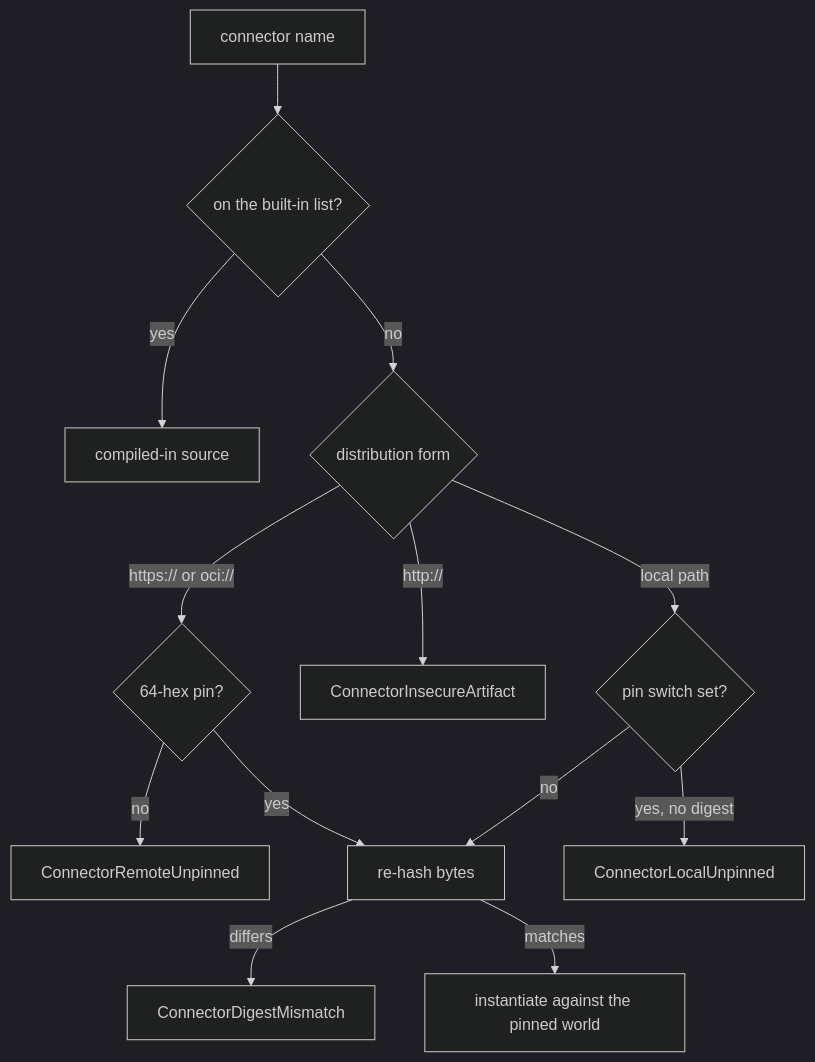
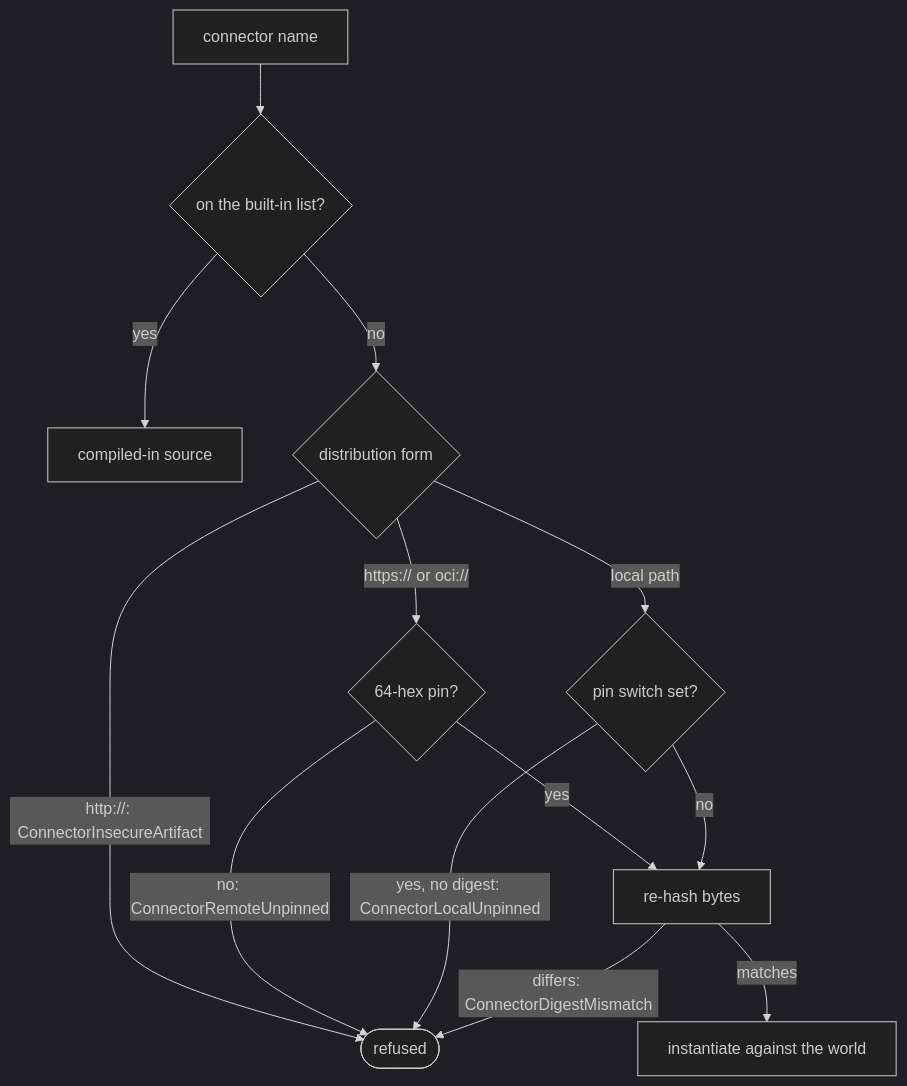
Before and after one commit to fractalboxdev/contextful: the fourth of 5 diagrams in spec/40-connector.md, drawn with Mermaid (dark theme). The commit also changed other lines of this file and 24 other files, not shown here.

First line of the commit message:
spec: every flowchart draws one entity or process per node

````diff
--- a/spec/40-connector.md
+++ b/spec/40-connector.md
@@ -264,15 +264,15 @@
 ```mermaid
 flowchart TD
   NAME["connector name"] --> K{"on the built-in list?"}
   K -->|yes| NATIVE["compiled-in source"]
   K -->|no| FORM{"distribution form"}
   FORM -->|"https:// or oci://"| REMOTE{"64-hex pin?"}
-  FORM -->|"http://"| IH["ConnectorInsecureArtifact"]
+  FORM -->|"http://: ConnectorInsecureArtifact"| X(["refused"])
   FORM -->|local path| LOCAL{"pin switch set?"}
-  REMOTE -->|no| RU["ConnectorRemoteUnpinned"]
+  REMOTE -->|"no: ConnectorRemoteUnpinned"| X
   REMOTE -->|yes| HASH["re-hash bytes"]
-  LOCAL -->|yes, no digest| LU["ConnectorLocalUnpinned"]
+  LOCAL -->|"yes, no digest: ConnectorLocalUnpinned"| X
   LOCAL -->|no| HASH
-  HASH -->|differs| DM["ConnectorDigestMismatch"]
-  HASH -->|matches| INST["instantiate against the pinned world"]
+  HASH -->|"differs: ConnectorDigestMismatch"| X
+  HASH -->|matches| INST["instantiate against the world"]
 ```
````
